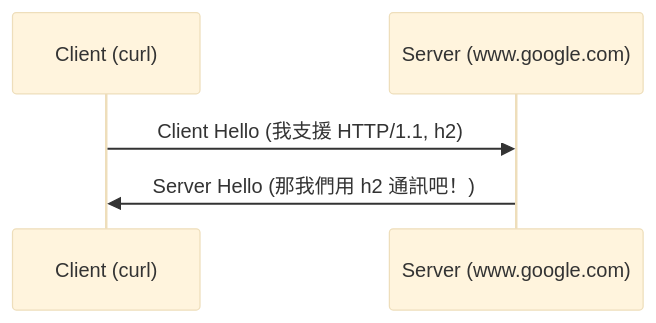
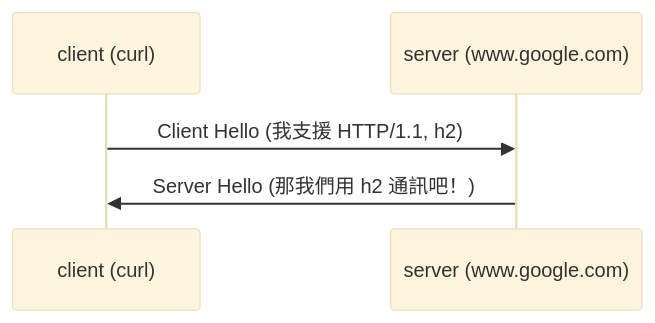
One commit to samuel871211/yusheng-tech-blog changed the first of 2 diagrams in docs/http/http-version-negotiation.md. Above: the diagram before and after it, drawn with Mermaid (base theme). The commit also changed other lines of this file and 1 other file, not shown here.

````diff
--- a/docs/http/http-version-negotiation.md
+++ b/docs/http/http-version-negotiation.md
@@ -80,8 +80,8 @@
 ```mermaid
 sequenceDiagram
-  participant c as Client (curl)
-  participant s as Server (www.google.com)
+  participant c as client (curl)
+  participant s as server (www.google.com)
 
   c ->> s: Client Hello (我支援 HTTP/1.1, h2)
   s ->> c: Server Hello (那我們用 h2 通訊吧！)
 ```
````
